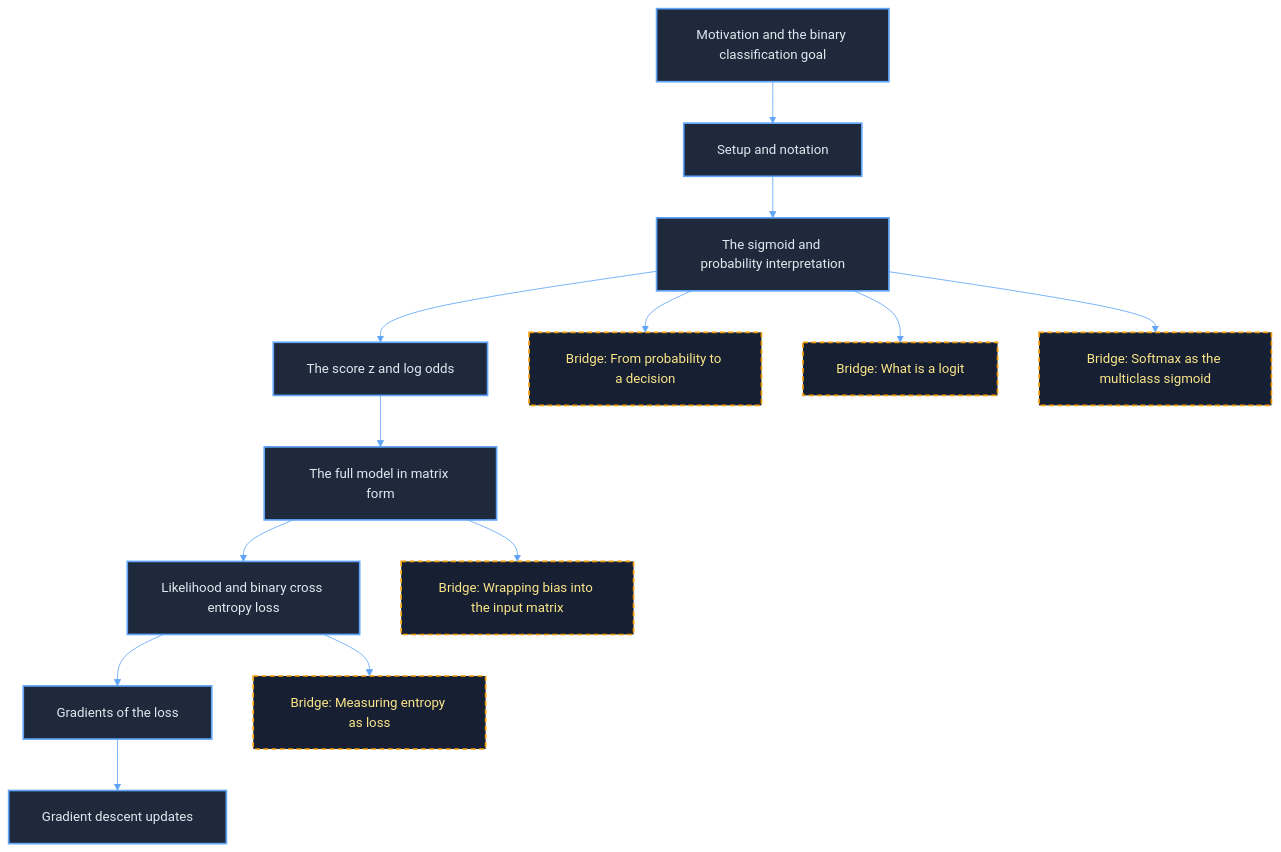
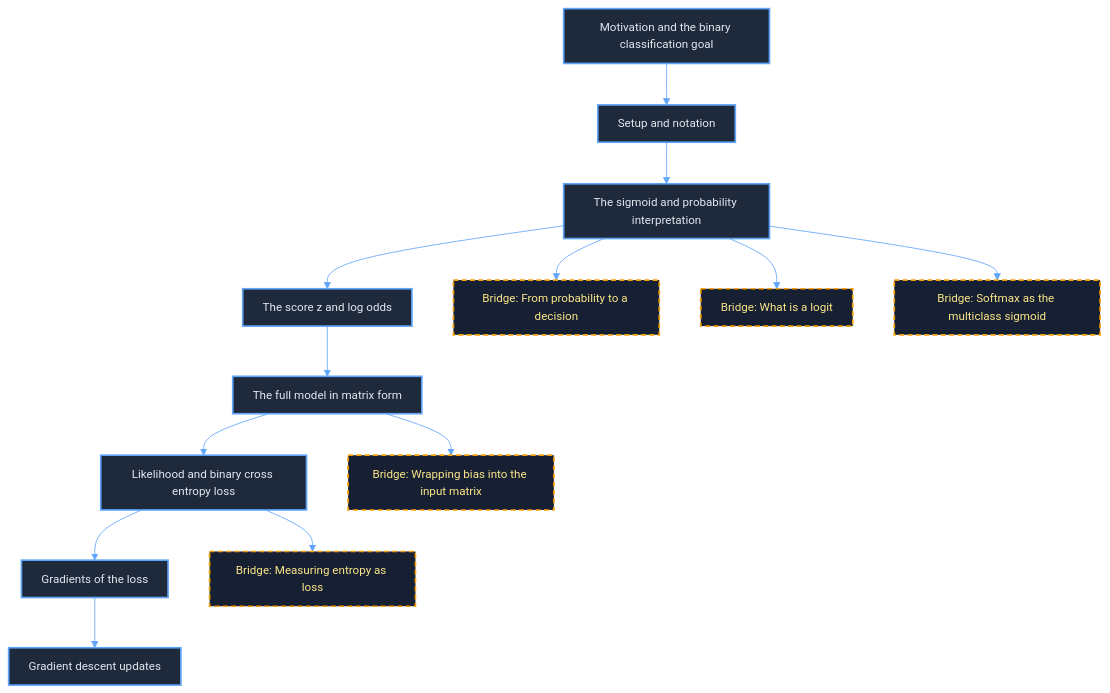
Before and after one commit to Hanxi-002/Hanxi-002.github.io: the diagram in _posts/2026-01-10-logistic-regression.md, drawn with Mermaid. The commit also changed other lines of this file, not shown here.

Commit message:
added concept map for logistic regression

```diff
--- a/_posts/2026-01-10-logistic-regression.md
+++ b/_posts/2026-01-10-logistic-regression.md
@@ -14,25 +14,25 @@
 <pre class="mermaid">
-%%{init: {'theme': 'base', 'themeVariables': {'primaryColor': '#1e293b', 'primaryTextColor': '#e2e8f0', 'primaryBorderColor': '#60a5fa', 'lineColor': '#60a5fa', 'background': '#0f172a', 'nodeBorder': '#60a5fa', 'clusterBkg': '#162032', 'edgeLabelBackground': '#0f172a', 'fontFamily': 'sans-serif', 'fontSize': '16px'}, 'flowchart': {'useMaxWidth': false, 'padding': 20}}}%%
+%%{init: {'theme': 'base', 'themeVariables': {'primaryColor': '#1e293b', 'primaryTextColor': '#e2e8f0', 'primaryBorderColor': '#60a5fa', 'lineColor': '#60a5fa', 'background': '#0f172a', 'nodeBorder': '#60a5fa', 'clusterBkg': '#162032', 'edgeLabelBackground': '#0f172a', 'fontFamily': 'sans-serif', 'fontSize': '14px'}, 'flowchart': {'useMaxWidth': true, 'padding': 12, 'htmlLabels': false}}}%%
 flowchart TD
     A["Motivation and the binary classification goal"] --> B["Setup and notation"]
     B --> C["The sigmoid and probability interpretation"]
     C --> D["The score z and log odds"]
     D --> E["The full model in matrix form"]
     E --> F["Likelihood and binary cross entropy loss"]
     F --> G["Gradients of the loss"]
     G --> H["Gradient descent updates"]
 
     C --> I["Bridge: From probability to a decision"]
     C --> J["Bridge: What is a logit"]
     C --> K["Bridge: Softmax as the multiclass sigmoid"]
 
     E --> L["Bridge: Wrapping bias into the input matrix"]
 
     F --> M["Bridge: Measuring entropy as loss"]
 
     class I,J,K,L,M bridge;
     class A,B,C,D,E,F,G,H core;
 
     classDef core fill:#1e293b,stroke:#60a5fa,color:#e2e8f0,stroke-width:2px;
     classDef bridge fill:#162032,stroke:#f59e0b,color:#fde68a,stroke-width:2px,stroke-dasharray: 6 4;
 </pre>
```
